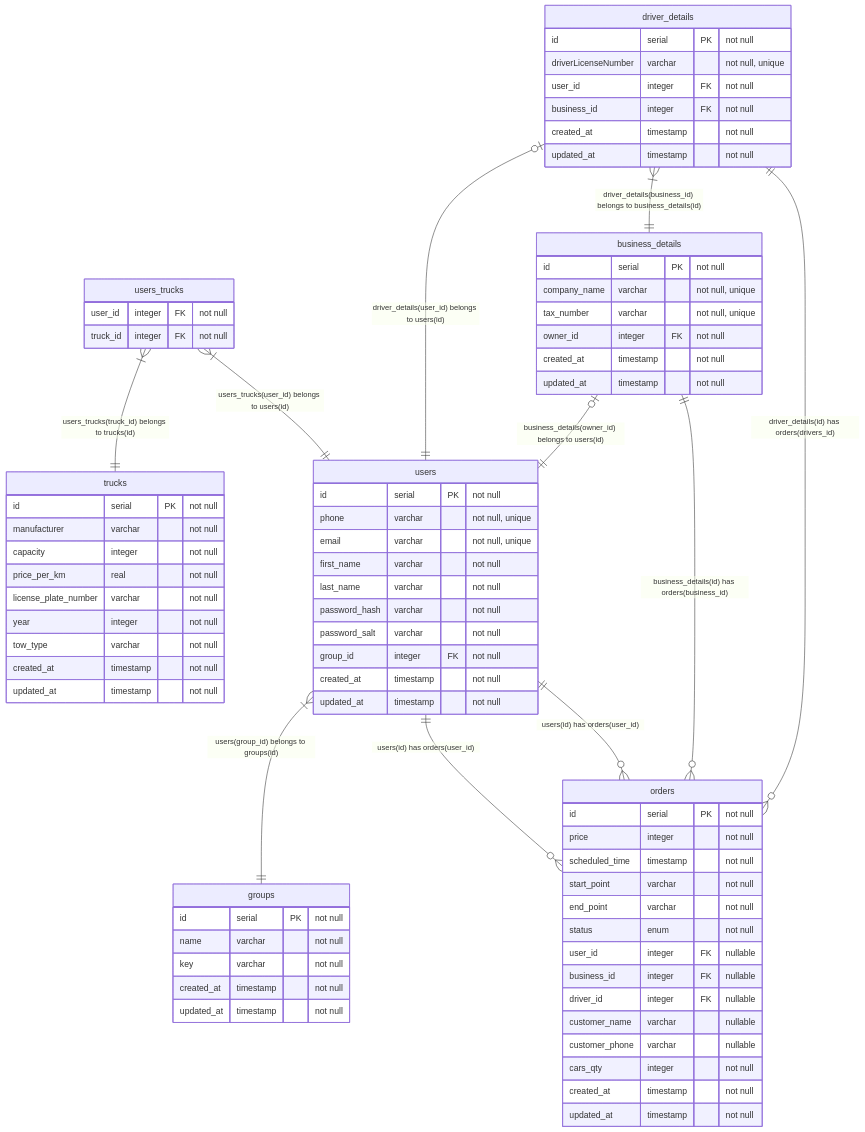
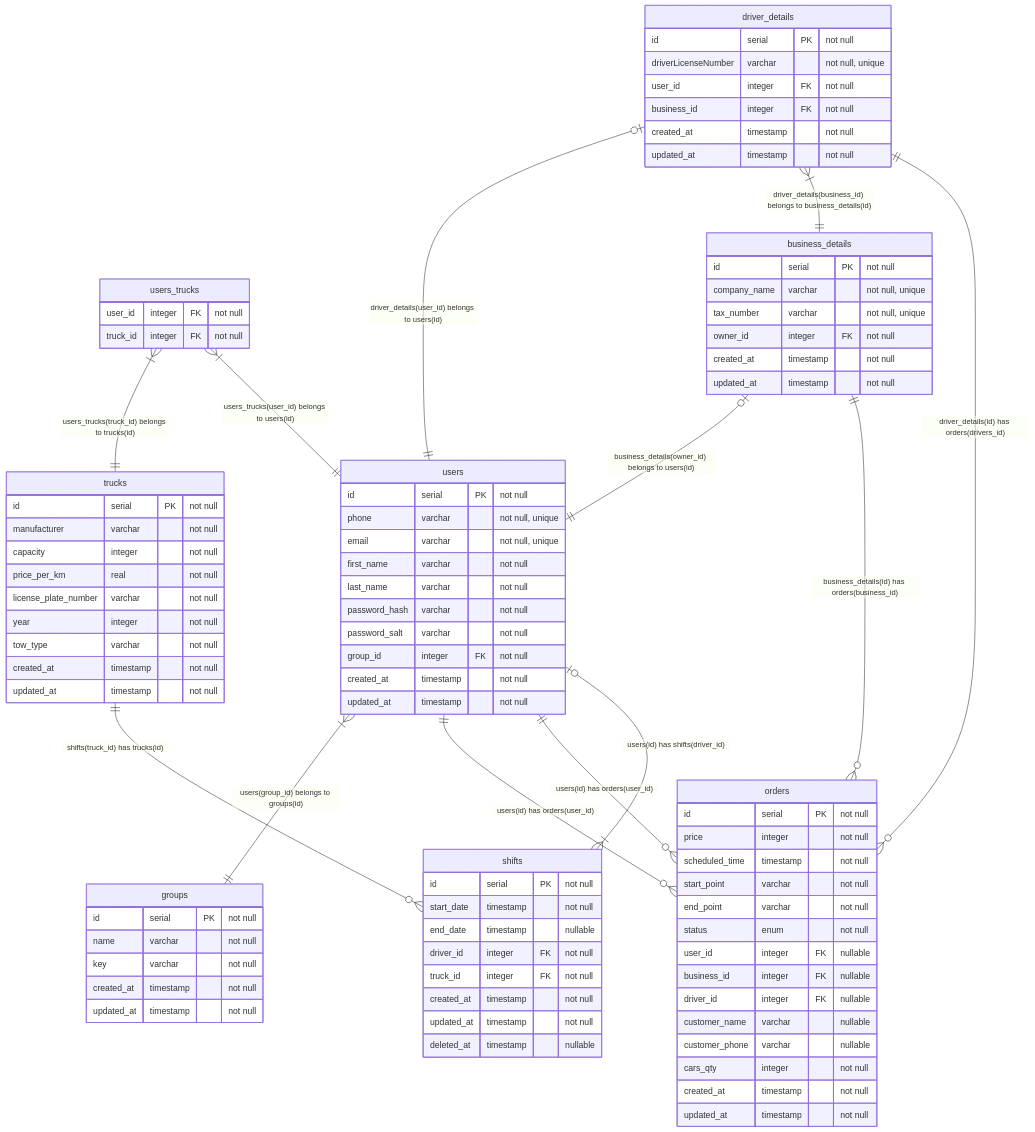
The diagram in readme.md (BinaryStudioAcademy/bsa-2023-towhub), drawn with Mermaid before and after one commit.

Commit message:
th-212: * correct diagram

````diff
--- a/readme.md
+++ b/readme.md
@@ -113,6 +113,17 @@
         updated_at timestamp "not null"
     }
 
+    shifts {
+        id serial PK "not null"
+        start_date timestamp "not null"
+        end_date timestamp "nullable"
+        driver_id integer FK "not null"
+        truck_id integer FK "not null"
+        created_at timestamp "not null"
+        updated_at timestamp "not null"
+        deleted_at timestamp "nullable"
+    }
+
     users_trucks one or many -- one trucks: "users_trucks(truck_id) belongs to trucks(id)"
     users_trucks one or many -- one users: "users_trucks(user_id) belongs to users(id)"
     users one or many -- one groups: "users(group_id) belongs to groups(id)"
@@ -123,4 +134,6 @@
     users one -- zero or many orders: "users(id) has orders(user_id)"
     business_details one -- zero or many orders: "business_details(id) has orders(business_id)"
     driver_details one -- zero or many orders: "driver_details(id) has orders(drivers_id)"
+    users zero or one -- one or many shifts: "users(id) has shifts(driver_id)"
+    trucks one -- zero or many shifts: "shifts(truck_id) has trucks(id)"
 ```
````
